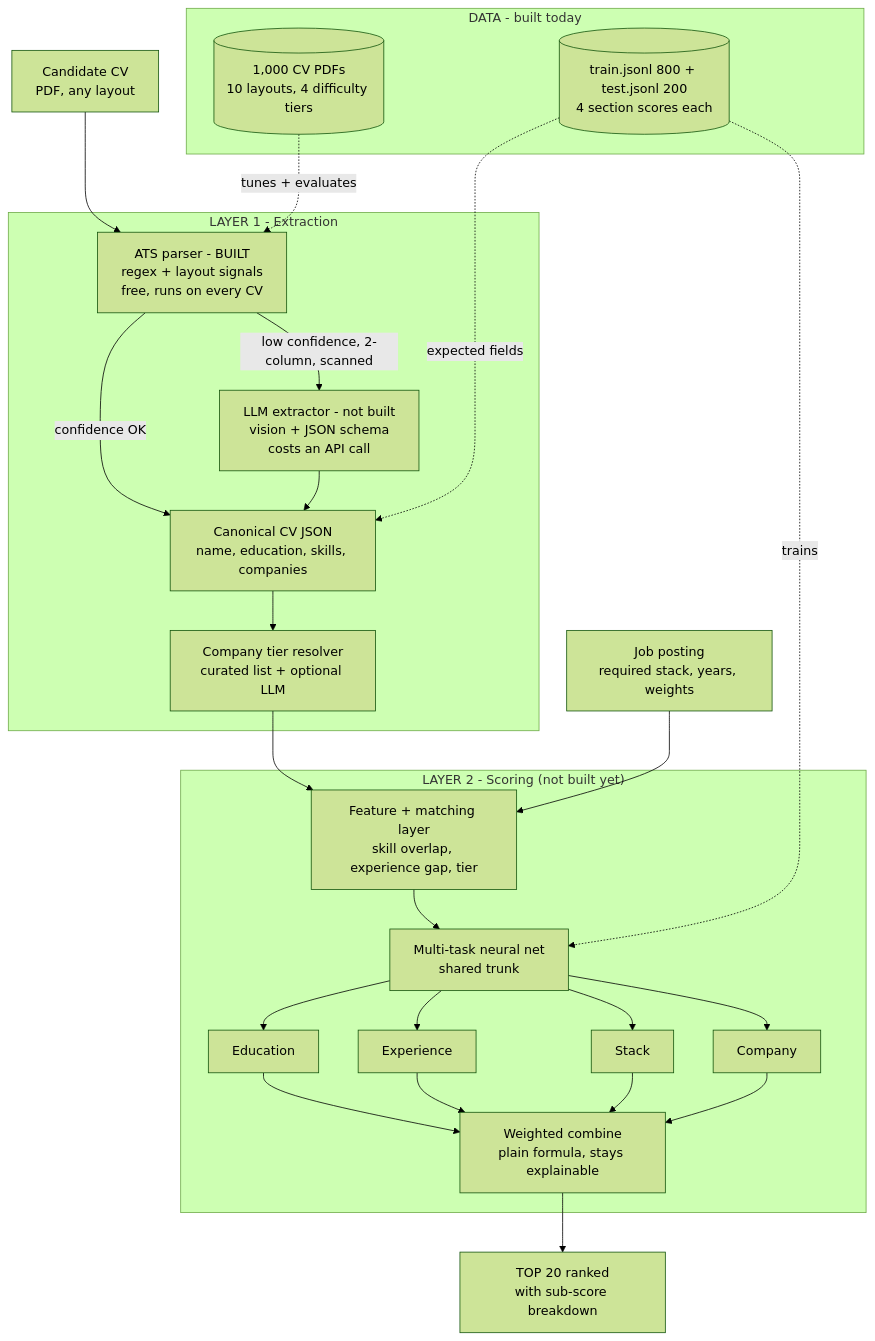
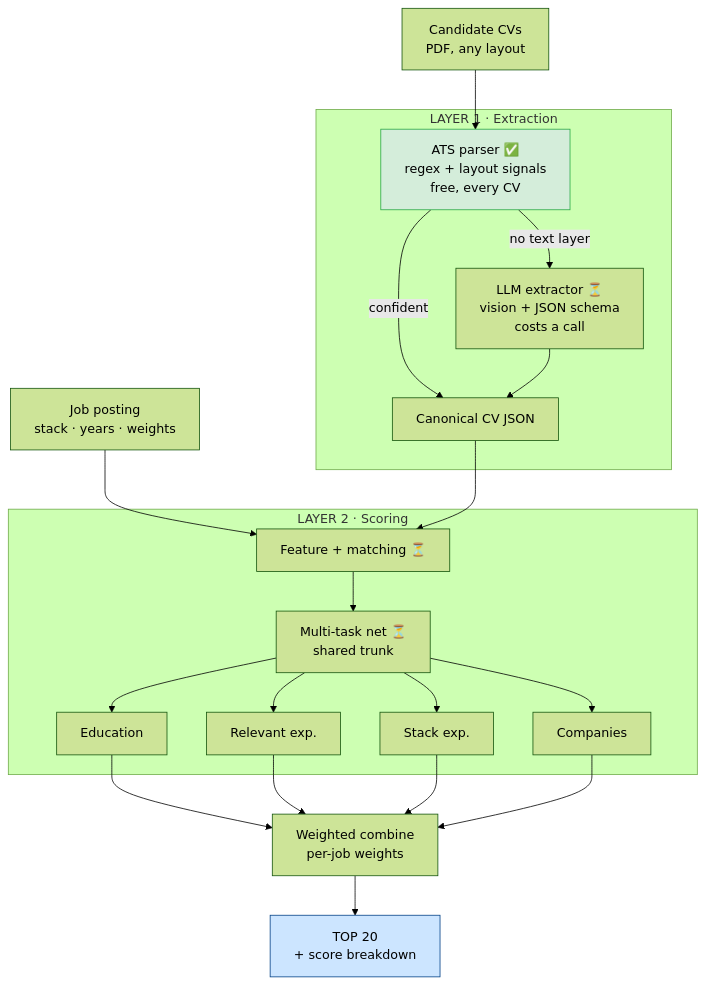
One commit to RamiDhouibDev/ATS_AI changed the first of 3 diagrams in README.md. Above: the diagram before and after it, drawn with Mermaid (forest theme). The commit also changed other lines of this file and 2 other files, not shown here.

````diff
--- a/README.md
+++ b/README.md
@@ -5,43 +6,31 @@
 ```mermaid
 flowchart TD
-    CV[Candidate CV<br/>PDF, any layout]
-    JD[Job posting<br/>required stack, years, weights]
+    CV[Candidate CVs<br/>PDF, any layout] --> ATS
+    JD[Job posting<br/>stack · years · weights] --> FEAT
 
-    subgraph L1["LAYER 1 - Extraction"]
-        ATS[ATS parser - BUILT<br/>regex + layout signals<br/>free, runs on every CV]
-        LLM[LLM extractor - not built<br/>vision + JSON schema<br/>costs an API call]
-        JSON[Canonical CV JSON<br/>name, education, skills, companies]
-        TIER[Company tier resolver<br/>curated list + optional LLM]
+    subgraph L1["LAYER 1 · Extraction"]
+        ATS["ATS parser ✅<br/>regex + layout signals<br/>free, every CV"]
+        LLM["LLM extractor ⏳<br/>vision + JSON schema<br/>costs a call"]
+        JSON[Canonical CV JSON]
+        ATS -->|confident| JSON
+        ATS -->|no text layer| LLM
+        LLM --> JSON
     end
 
-    subgraph L2["LAYER 2 - Scoring (not built yet)"]
-        FEAT[Feature + matching layer<br/>skill overlap, experience gap, tier]
-        NN[Multi-task neural net<br/>shared trunk]
-        S1[Education]
-        S2[Experience]
-        S3[Stack]
-        S4[Company]
-        COMB[Weighted combine<br/>plain formula, stays explainable]
+    subgraph L2["LAYER 2 · Scoring"]
+        FEAT["Feature + matching ⏳"]
+        NN["Multi-task net ⏳<br/>shared trunk"]
+        FEAT --> NN
+        NN --> S1[Education]
+        NN --> S2[Relevant exp.]
+        NN --> S3[Stack exp.]
+        NN --> S4[Companies]
     end
 
-    subgraph DATA["DATA - built today"]
-        LBL[(train.jsonl 800 + test.jsonl 200<br/>4 section scores each)]
-        PDFS[(1,000 CV PDFs<br/>10 layouts, 4 difficulty tiers)]
-    end
+    JSON --> FEAT
+    S1 & S2 & S3 & S4 --> COMB["Weighted combine<br/>per-job weights"]
+    COMB --> TOP["TOP 20<br/>+ score breakdown"]
 
-    CV --> ATS
-    ATS -->|confidence OK| JSON
-    ATS -->|low confidence, 2-column, scanned| LLM
-    LLM --> JSON
-    JSON --> TIER
-    TIER --> FEAT
-    JD --> FEAT
-    FEAT --> NN
-    NN --> S1 & S2 & S3 & S4
-    S1 & S2 & S3 & S4 --> COMB
-    COMB --> TOP[TOP 20 ranked<br/>with sub-score breakdown]
-
-    LBL -.trains.-> NN
-    LBL -.expected fields.-> JSON
-    PDFS -.tunes + evaluates.-> ATS
+    style ATS fill:#d4edda,stroke:#28a745
+    style TOP fill:#cce5ff,stroke:#004085
 ```
````
